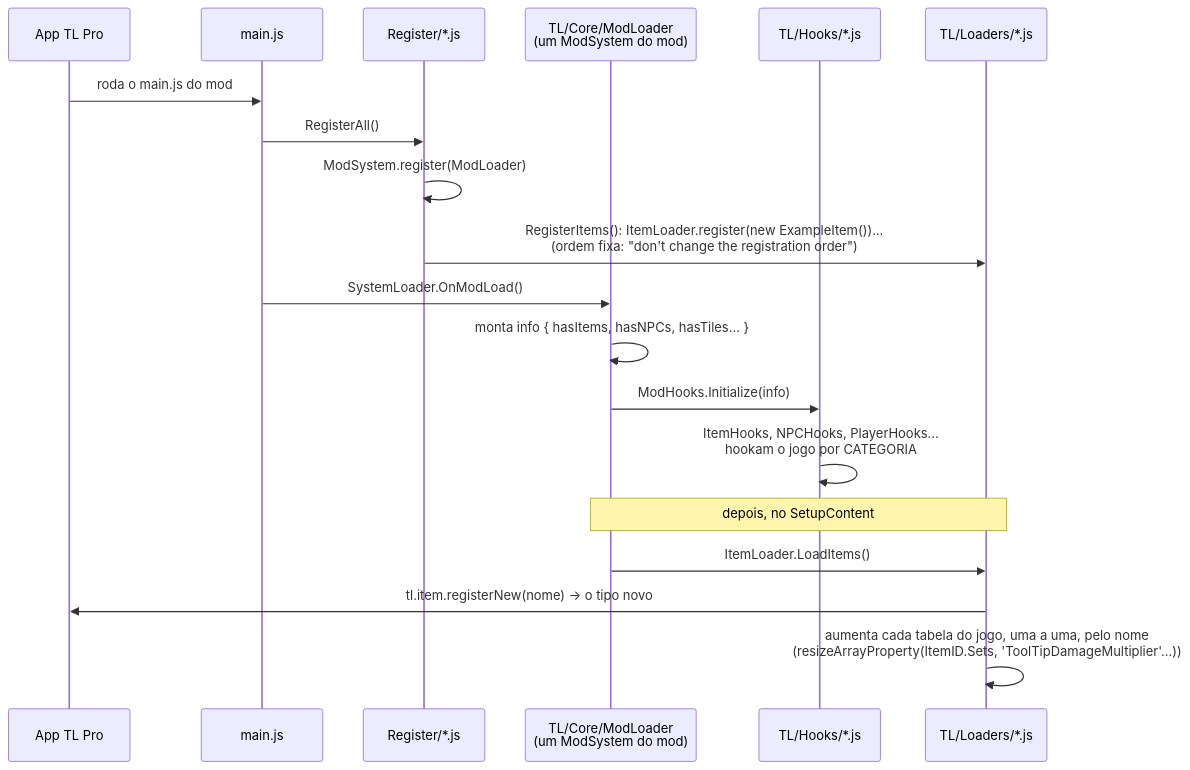
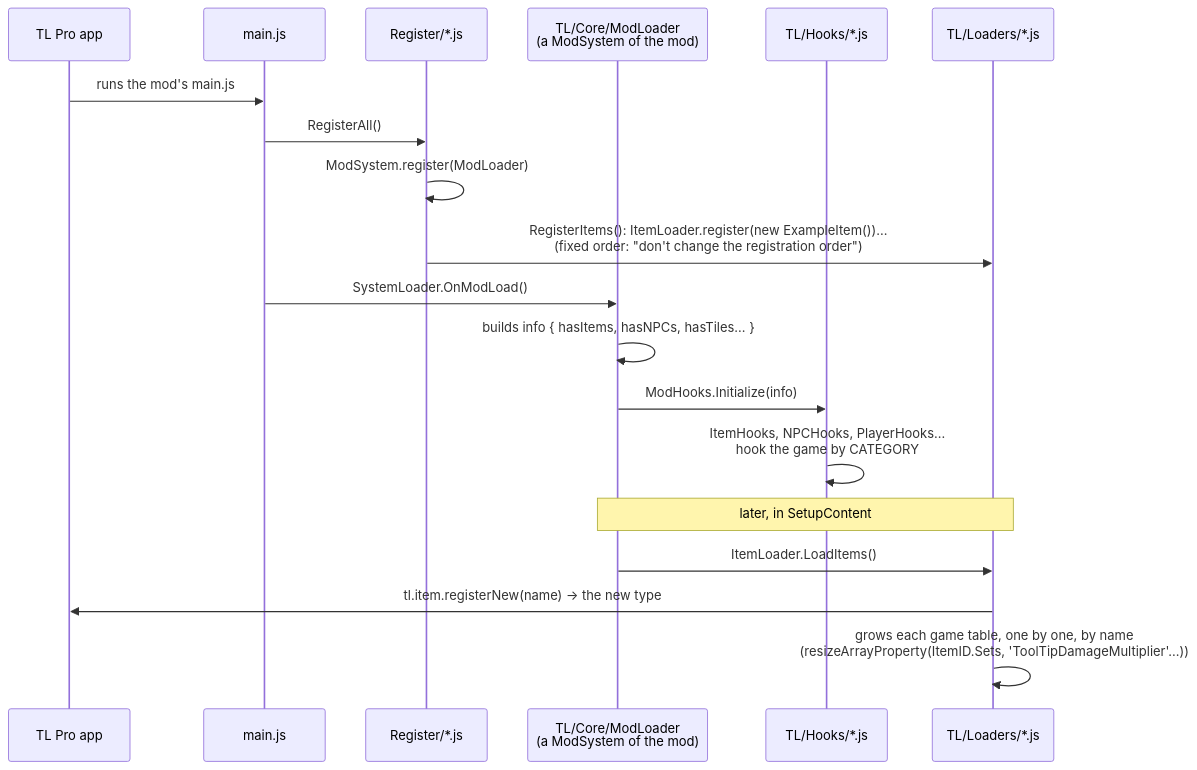
One commit to JonataOliveiraa/Bunny-Loader changed the second of 5 diagrams in docs/mods/00-como-funciona.md. Above: the diagram before and after it, drawn with Mermaid. The commit also changed other lines of this file and 89 other files, not shown here.

````diff
--- a/docs/mods/00-como-funciona.md
+++ b/docs/mods/00-como-funciona.md
@@ -89,21 +91,21 @@
 ```mermaid
 sequenceDiagram
-    participant TL as App TL Pro
+    participant TL as TL Pro app
     participant Main as main.js
     participant Reg as Register/*.js
-    participant ML as TL/Core/ModLoader<br/>(um ModSystem do mod)
+    participant ML as TL/Core/ModLoader<br/>(a ModSystem of the mod)
     participant H as TL/Hooks/*.js
     participant L as TL/Loaders/*.js
-    TL->>Main: roda o main.js do mod
+    TL->>Main: runs the mod's main.js
     Main->>Reg: RegisterAll()
     Reg->>Reg: ModSystem.register(ModLoader)
-    Reg->>L: RegisterItems(): ItemLoader.register(new ExampleItem())...<br/>(ordem fixa: "don't change the registration order")
+    Reg->>L: RegisterItems(): ItemLoader.register(new ExampleItem())...<br/>(fixed order: "don't change the registration order")
     Main->>ML: SystemLoader.OnModLoad()
-    ML->>ML: monta info { hasItems, hasNPCs, hasTiles... }
+    ML->>ML: builds info { hasItems, hasNPCs, hasTiles... }
     ML->>H: ModHooks.Initialize(info)
-    H->>H: ItemHooks, NPCHooks, PlayerHooks...<br/>hookam o jogo por CATEGORIA
-    Note over ML,L: depois, no SetupContent
+    H->>H: ItemHooks, NPCHooks, PlayerHooks...<br/>hook the game by CATEGORY
+    Note over ML,L: later, in SetupContent
     ML->>L: ItemLoader.LoadItems()
-    L->>TL: tl.item.registerNew(nome) → o tipo novo
-    L->>L: aumenta cada tabela do jogo, uma a uma, pelo nome<br/>(resizeArrayProperty(ItemID.Sets, 'ToolTipDamageMultiplier'...))
+    L->>TL: tl.item.registerNew(name) → the new type
+    L->>L: grows each game table, one by one, by name<br/>(resizeArrayProperty(ItemID.Sets, 'ToolTipDamageMultiplier'...))
 ```
````
